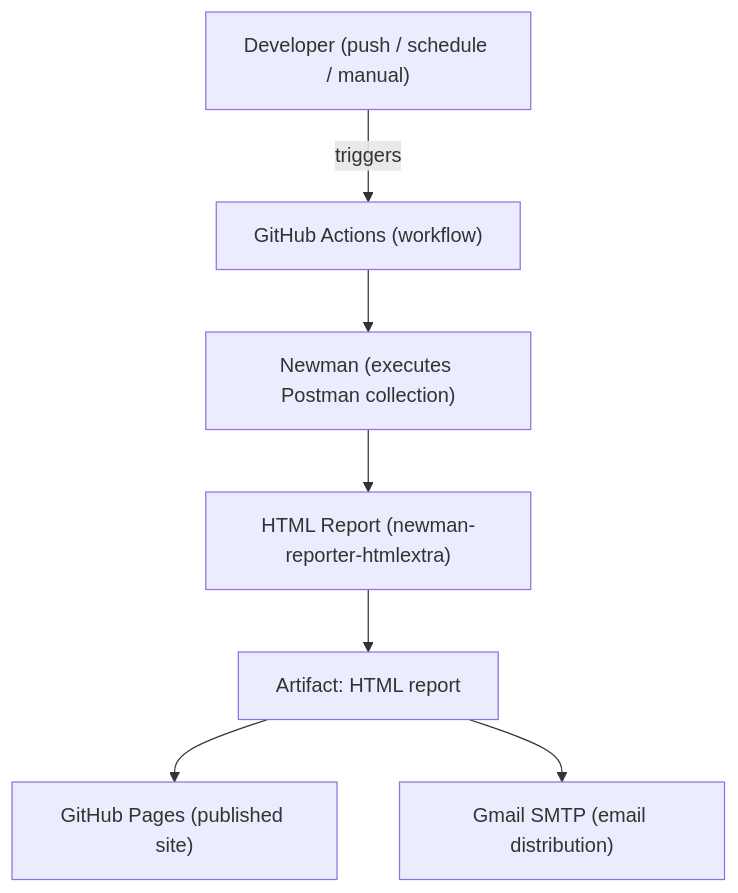
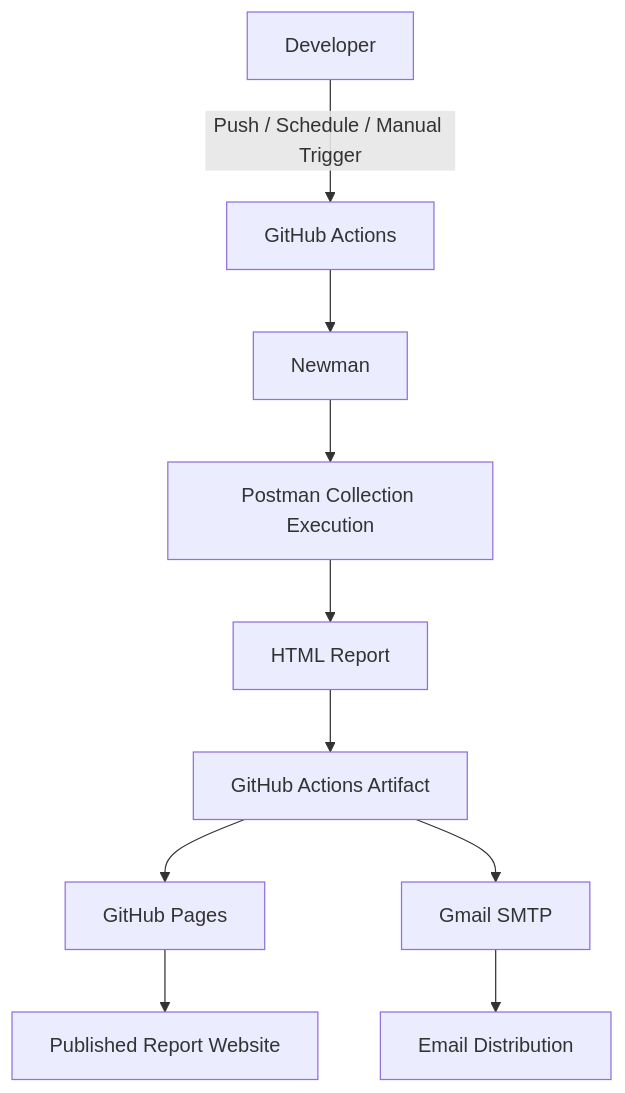
One commit to Mitesh411/APIwithEnvironmentV changed the first of 2 diagrams in docs/project-summary.md. Above: the diagram before and after it, drawn with Mermaid.

Commit message:
Update architecture diagram to use flowchart syntax

````diff
--- a/docs/project-summary.md
+++ b/docs/project-summary.md
@@ -28,9 +27,17 @@
 ```mermaid
-graph TD
-  Dev["Developer (push / schedule / manual)"] -->|triggers| GH["GitHub Actions (workflow)"]
-  GH --> Newman["Newman (executes Postman collection)"]
-  Newman --> Report["HTML Report (newman-reporter-htmlextra)"]
-  Report --> Artifact["Artifact: HTML report"]
-  Artifact --> Pages["GitHub Pages (published site)"]
-  Artifact --> Gmail["Gmail SMTP (email distribution)"]
+flowchart TD
+
+    A[Developer] -->|Push / Schedule / Manual Trigger| B[GitHub Actions]
+
+    B --> C[Newman]
+    C --> D[Postman Collection Execution]
+
+    D --> E[HTML Report]
+    E --> F[GitHub Actions Artifact]
+
+    F --> G[GitHub Pages]
+    F --> H[Gmail SMTP]
+
+    G --> I[Published Report Website]
+    H --> J[Email Distribution]
 ```
````
